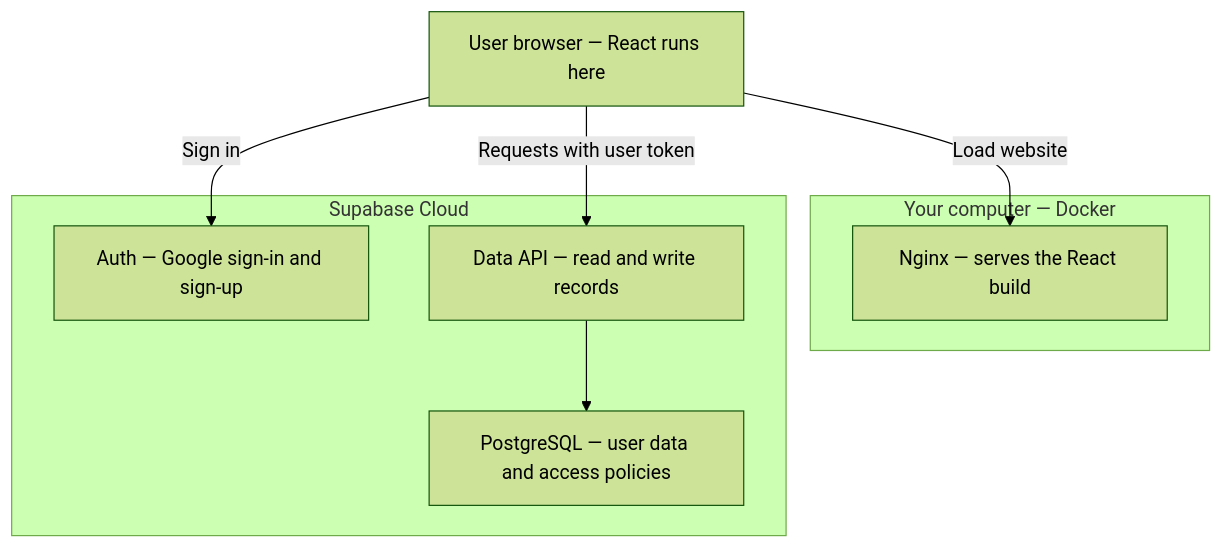
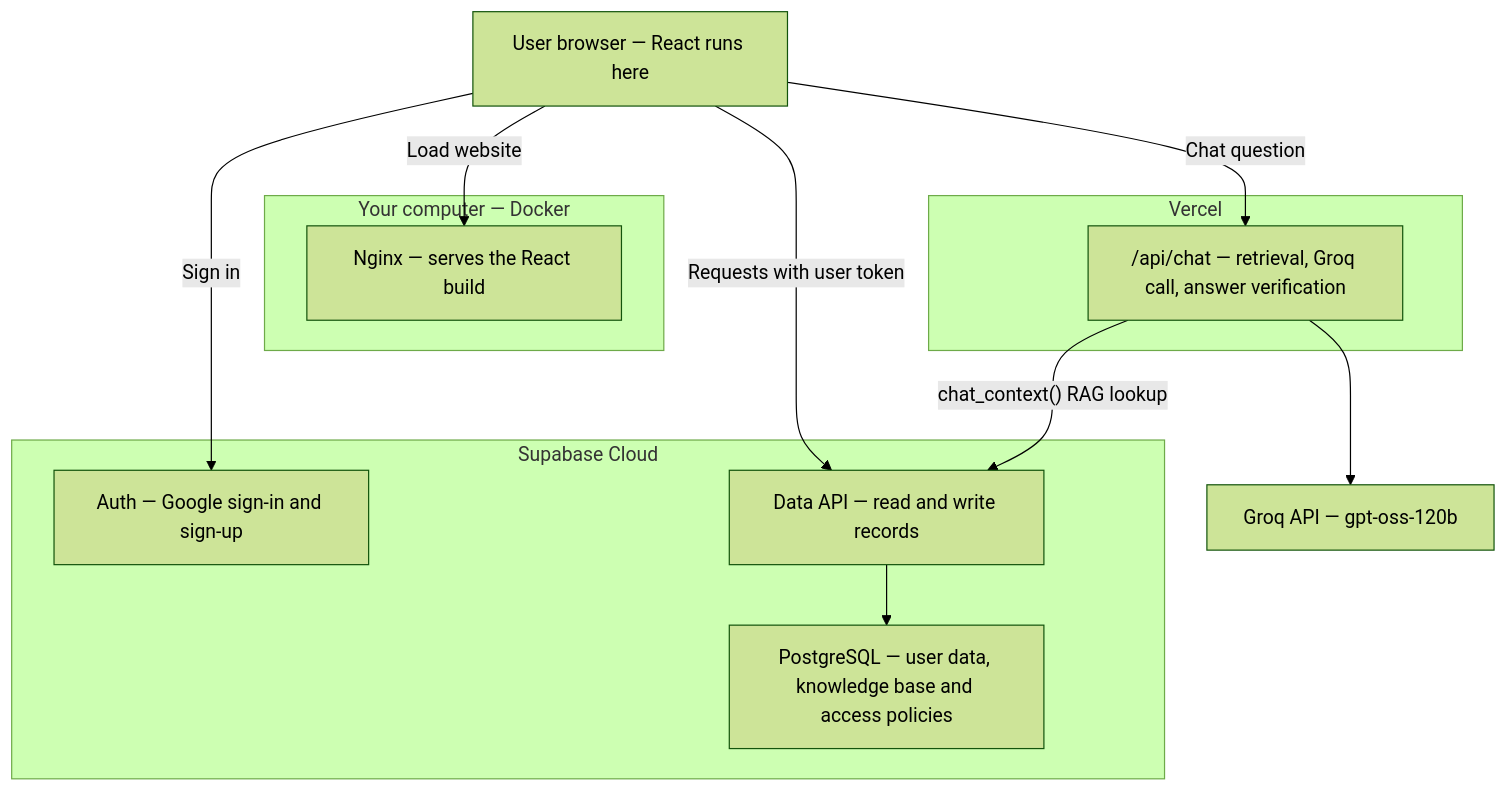
The diagram in architecture.md (GalaxyKickLock77/Tricore), drawn with Mermaid (forest theme) before and after one commit. The commit also changed 16 other files, not shown here.

Commit message:
Add AI assistant: RAG over Supabase knowledge base, Groq, verification, human handoff

````diff
--- a/architecture.md
+++ b/architecture.md
@@ -3,19 +3,27 @@
 ```mermaid
 flowchart TD
     Browser["User browser — React runs here"]
 
     subgraph Local["Your computer — Docker"]
         Web["Nginx — serves the React build"]
     end
 
     subgraph Cloud["Supabase Cloud"]
         Auth["Auth — Google sign-in and sign-up"]
         API["Data API — read and write records"]
-        DB["PostgreSQL — user data and access policies"]
+        DB["PostgreSQL — user data, knowledge base and access policies"]
     end
+
+    subgraph Vercel["Vercel"]
+        Chat["/api/chat — retrieval, Groq call, answer verification"]
+    end
+    Groq["Groq API — gpt-oss-120b"]
 
     Browser -->|"Load website"| Web
     Browser -->|"Sign in"| Auth
     Browser -->|"Requests with user token"| API
     API --> DB
+    Browser -->|"Chat question"| Chat
+    Chat -->|"chat_context() RAG lookup"| API
+    Chat --> Groq
 ```
````
